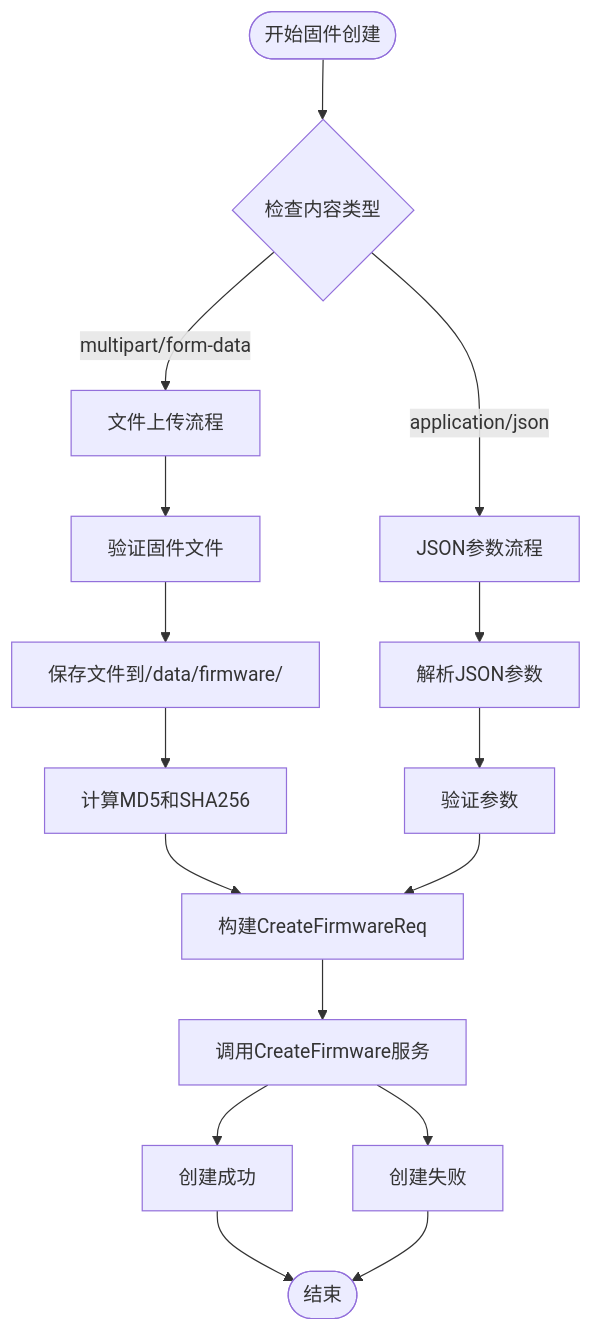
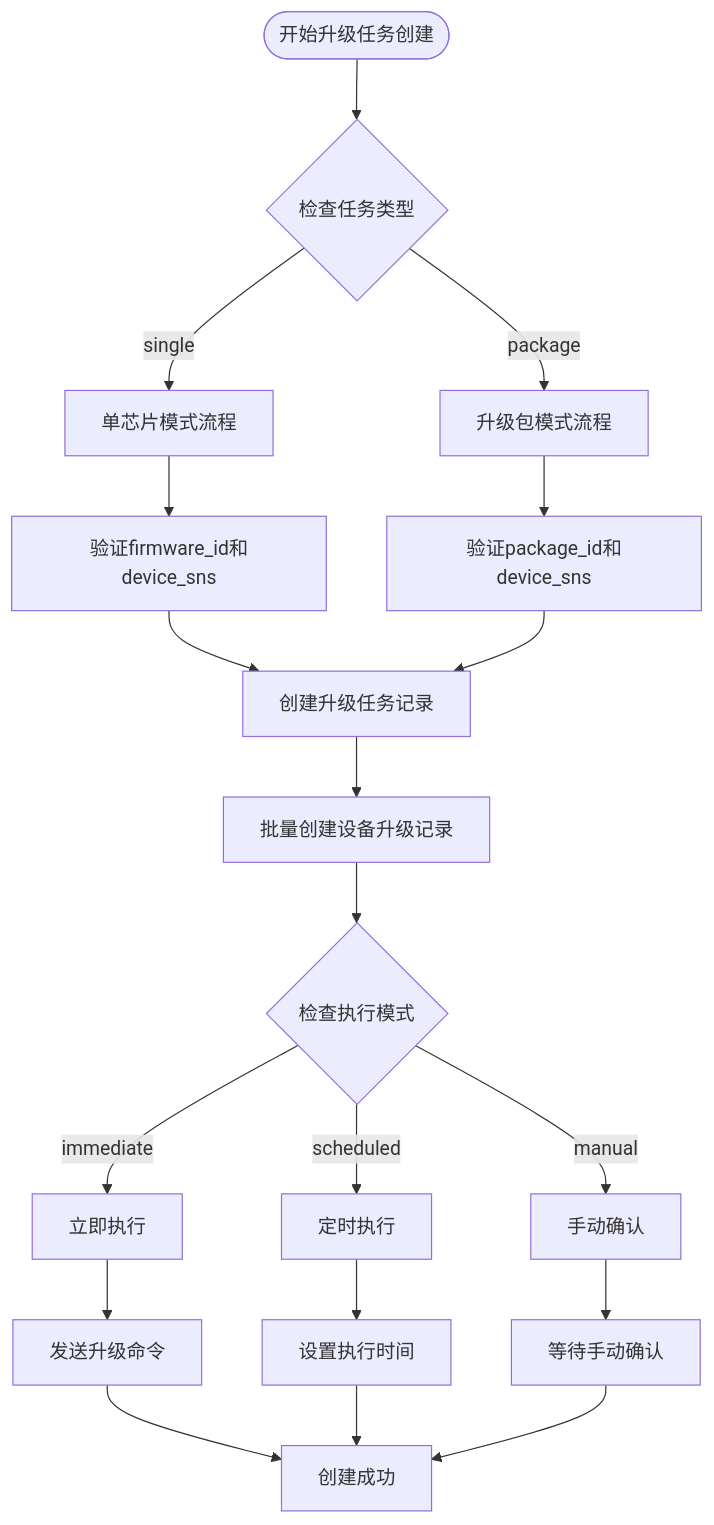
Before and after one commit to mcmrzy/cs_inv_monitor-develop: the fourth of 8 diagrams in .qoder/repowiki/zh/content/OTA升级系统/OTA任务调度/OTA任务创建.md, drawn with Mermaid. The commit also changed other lines of this file and 128 other files, not shown here.

````diff
--- a/.qoder/repowiki/zh/content/OTA升级系统/OTA任务调度/OTA任务创建.md
+++ b/.qoder/repowiki/zh/content/OTA升级系统/OTA任务调度/OTA任务创建.md
@@ -208,18 +237,21 @@
 ```mermaid
 flowchart TD
-Start([开始固件创建]) --> CheckContentType{检查内容类型}
-CheckContentType --> |multipart/form-data| UploadFlow[文件上传流程]
-CheckContentType --> |application/json| JSONFlow[JSON参数流程]
-UploadFlow --> ValidateFile[验证固件文件]
-ValidateFile --> SaveFile[保存文件到/data/firmware/]
-SaveFile --> CalcHash[计算MD5和SHA256]
-CalcHash --> BuildRequest[构建CreateFirmwareReq]
-JSONFlow --> ParseJSON[解析JSON参数]
-ParseJSON --> ValidateParams[验证参数]
-ValidateParams --> BuildRequest
-BuildRequest --> CallService[调用CreateFirmware服务]
-CallService --> Success[创建成功]
-CallService --> Error[创建失败]
-Success --> End([结束])
-Error --> End
+Start([开始升级任务创建]) --> CheckTaskType{检查任务类型}
+CheckTaskType --> |single| SingleFlow[单芯片模式流程]
+CheckTaskType --> |package| PackageFlow[升级包模式流程]
+SingleFlow --> ValidateSingle[验证firmware_id和device_sns]
+ValidateSingle --> CreateTask[创建升级任务记录]
+PackageFlow --> ValidatePackage[验证package_id和device_sns]
+ValidatePackage --> CreateTask
+CreateTask --> CreateDevices[批量创建设备升级记录]
+CreateDevices --> CheckExecuteMode{检查执行模式}
+CheckExecuteMode --> |immediate| ImmediateFlow[立即执行]
+CheckExecuteMode --> |scheduled| ScheduledFlow[定时执行]
+CheckExecuteMode --> |manual| ManualFlow[手动确认]
+ImmediateFlow --> SendCommands[发送升级命令]
+ScheduledFlow --> ScheduleTask[设置执行时间]
+ManualFlow --> WaitConfirm[等待手动确认]
+SendCommands --> Success[创建成功]
+ScheduleTask --> Success
+WaitConfirm --> Success
 ```
````
